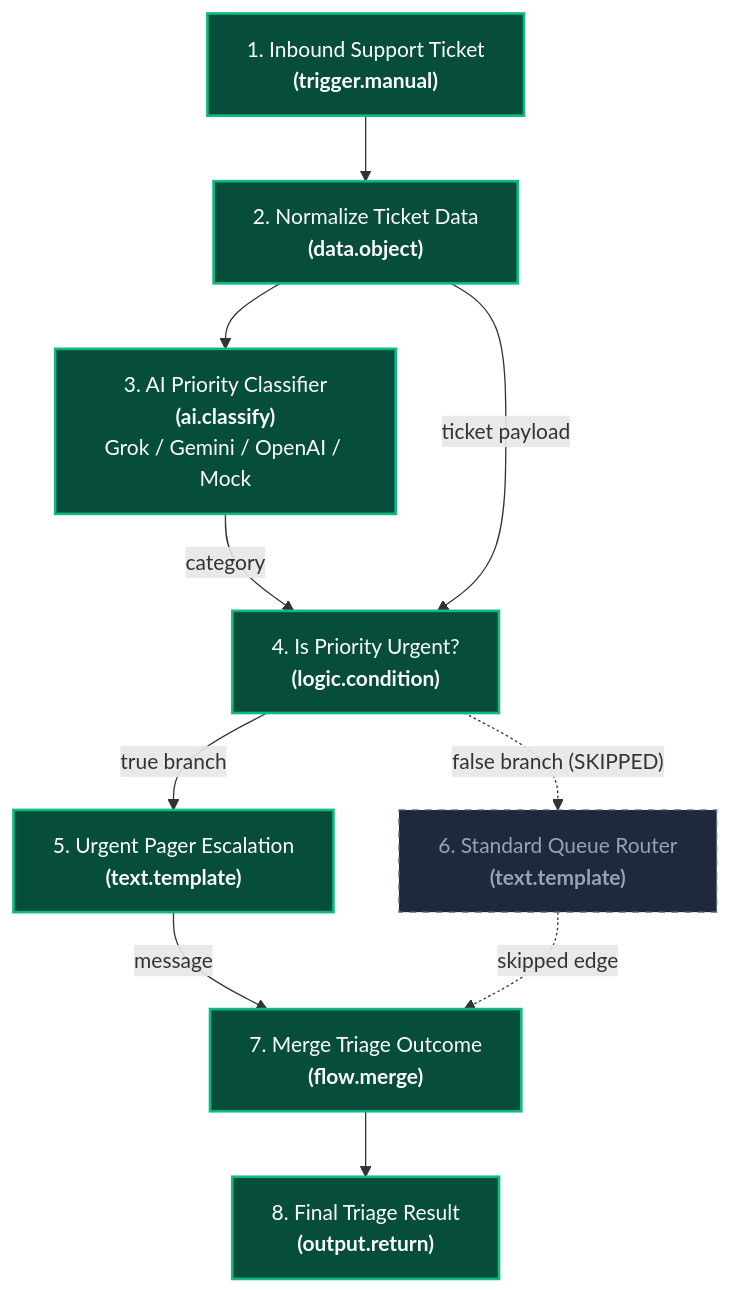
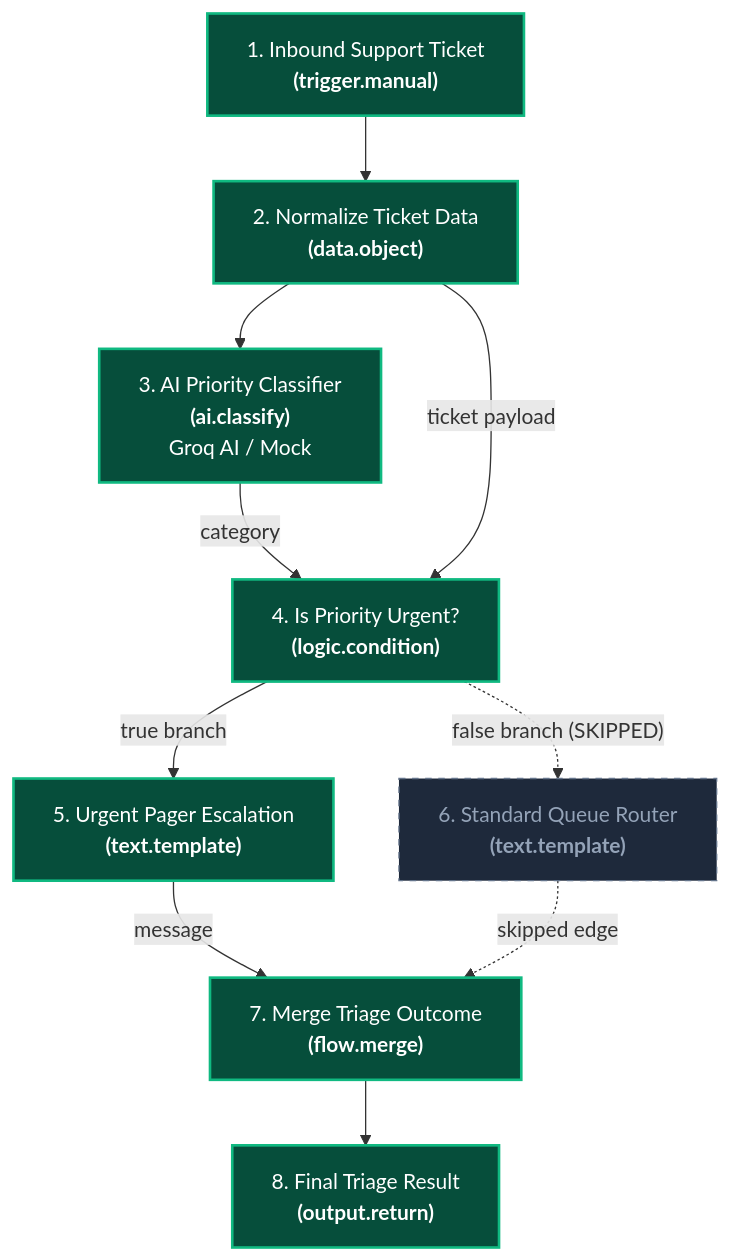
One commit to Aayansh207/Dormammu-Engine changed the diagram in docs/FULL_ARCHITECTURE_AND_CODEBASE_REFERENCE.md. Above: the diagram before and after it, drawn with Mermaid. The commit also changed other lines of this file and 16 other files, not shown here.

````diff
--- a/docs/FULL_ARCHITECTURE_AND_CODEBASE_REFERENCE.md
+++ b/docs/FULL_ARCHITECTURE_AND_CODEBASE_REFERENCE.md
@@ -472,20 +474,20 @@
 ```mermaid
 graph TD
     Ticket["1. Inbound Support Ticket<br/><b>(trigger.manual)</b>"] --> Normalize["2. Normalize Ticket Data<br/><b>(data.object)</b>"]
-    Normalize --> AIClassify["3. AI Priority Classifier<br/><b>(ai.classify)</b><br/>Grok / Gemini / OpenAI / Mock"]
+    Normalize --> AIClassify["3. AI Priority Classifier<br/><b>(ai.classify)</b><br/>Groq AI / Mock"]
     AIClassify -->|"category"| PriorityGate["4. Is Priority Urgent?<br/><b>(logic.condition)</b>"]
     Normalize -->|"ticket payload"| PriorityGate
 
     PriorityGate -->|"true branch"| UrgentEscalation["5. Urgent Pager Escalation<br/><b>(text.template)</b>"]
     PriorityGate -.->|"false branch (SKIPPED)"| StandardRouting["6. Standard Queue Router<br/><b>(text.template)</b>"]
 
     UrgentEscalation -->|"message"| MergeOutcome["7. Merge Triage Outcome<br/><b>(flow.merge)</b>"]
     StandardRouting -.->|"skipped edge"| MergeOutcome
 
     MergeOutcome --> FinalResult["8. Final Triage Result<br/><b>(output.return)</b>"]
 
     classDef active fill:#064e3b,stroke:#10b981,stroke-width:2px,color:#fff;
     classDef skipped fill:#1e293b,stroke:#64748b,stroke-dasharray: 5 5,color:#94a3b8;
     class Ticket,Normalize,AIClassify,PriorityGate,UrgentEscalation,MergeOutcome,FinalResult active;
     class StandardRouting skipped;
 ```
````
